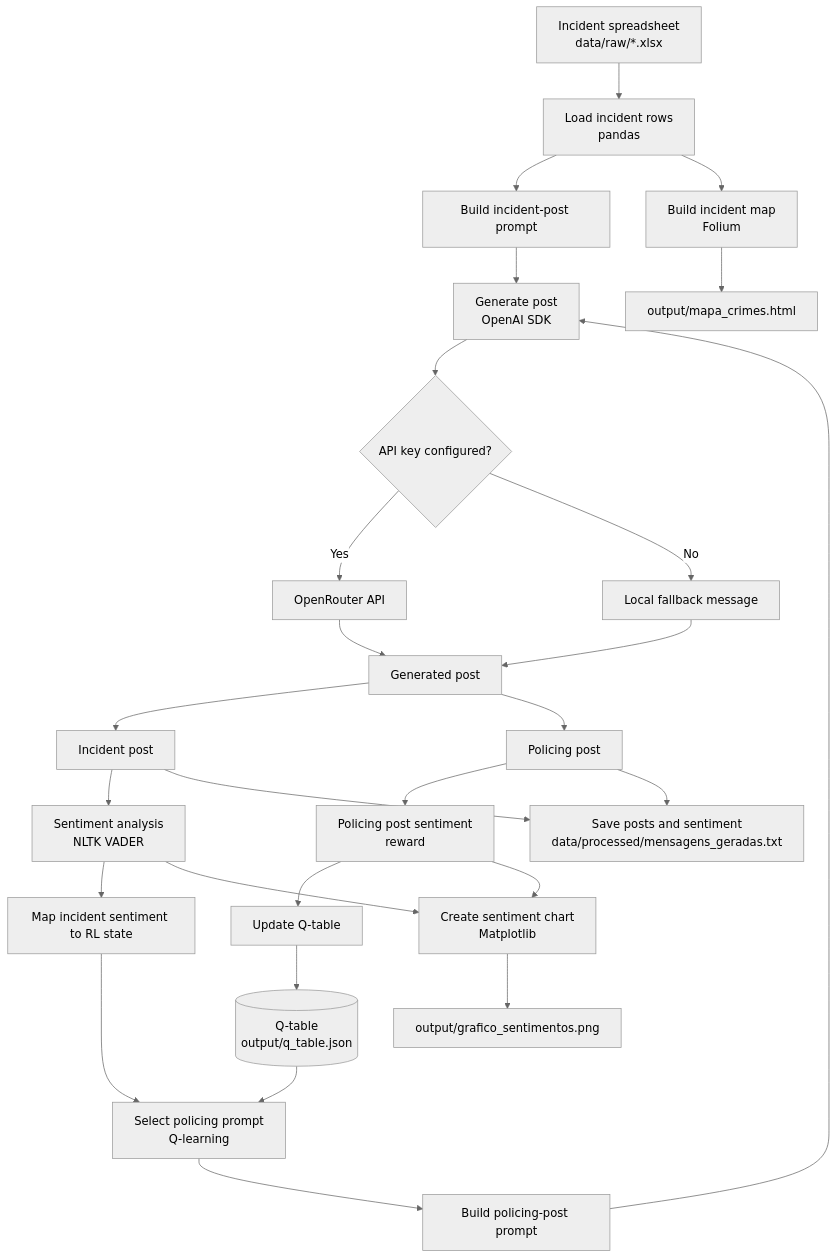
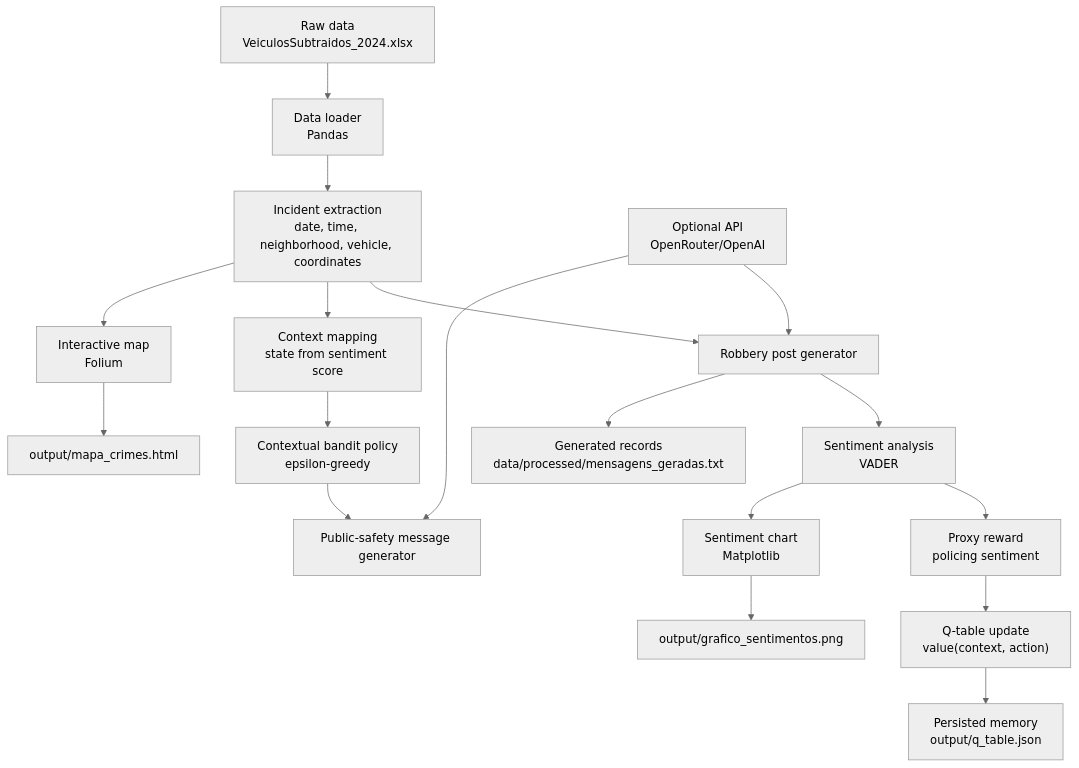
Before and after one commit to jacbarbosa279/rl_sentiment_app: the diagram in README.md, drawn with Mermaid (neutral theme). The commit also changed other lines of this file and 2 other files, not shown here.

Commit message:
Refactor Dockerfile and update README for clarity; enhance sentiment analysis script with contextual-bandit logic

````diff
--- a/README.md
+++ b/README.md
@@ -29,32 +9,23 @@
 ```mermaid
 flowchart TD
-    Data["Incident spreadsheet<br/>data/raw/*.xlsx"] --> Load["Load incident rows<br/>pandas"]
-    Load --> IncidentPrompt["Build incident-post prompt"]
-    IncidentPrompt --> Generator["Generate post<br/>OpenAI SDK"]
-    PolicePrompt["Build policing-post prompt"] --> Generator
-    Key{"API key configured?"} -->|Yes| API["OpenRouter API"]
-    Key -->|No| Fallback["Local fallback message"]
-    Generator --> Key
-    API --> Generated["Generated post"]
-    Fallback --> Generated
+    A["Raw data<br/>VeiculosSubtraidos_2024.xlsx"] --> B["Data loader<br/>Pandas"]
+    B --> C["Incident extraction<br/>date, time, neighborhood, vehicle, coordinates"]
+    C --> D[Robbery post generator]
+    C --> E["Context mapping<br/>state from sentiment score"]
 
-    Generated --> RobberyPost["Incident post"]
-    Generated --> PolicePost["Policing post"]
-    RobberyPost --> VADER["Sentiment analysis<br/>NLTK VADER"]
-    VADER --> State["Map incident sentiment to RL state"]
-    QTable[("Q-table<br/>output/q_table.json")] --> Agent["Select policing prompt<br/>Q-learning"]
-    State --> Agent
-    Agent --> PolicePrompt
-    PolicePost --> PoliceSentiment["Policing post sentiment<br/>reward"]
-    PoliceSentiment --> Update["Update Q-table"]
-    Update --> QTable
+    D --> F["Sentiment analysis<br/>VADER"]
+    E --> G["Contextual bandit policy<br/>epsilon-greedy"]
+    G --> H[Public-safety message generator]
+    F --> I["Proxy reward<br/>policing sentiment"]
+    I --> J["Q-table update<br/>value(context, action)"]
 
-    Load --> Map["Build incident map<br/>Folium"]
-    RobberyPost --> Messages["Save posts and sentiment<br/>data/processed/mensagens_geradas.txt"]
-    PolicePost --> Messages
-    VADER --> Chart["Create sentiment chart<br/>Matplotlib"]
-    PoliceSentiment --> Chart
+    C --> K["Interactive map<br/>Folium"]
+    F --> L["Sentiment chart<br/>Matplotlib"]
+    J --> M["Persisted memory<br/>output/q_table.json"]
+    D --> N["Generated records<br/>data/processed/mensagens_geradas.txt"]
+    K --> O[output/mapa_crimes.html]
+    L --> P[output/grafico_sentimentos.png]
 
-    Map --> MapFile["output/mapa_crimes.html"]
-    Chart --> ChartFile["output/grafico_sentimentos.png"]
+    Q["Optional API<br/>OpenRouter/OpenAI"] --> D
+    Q --> H
 ```
````
